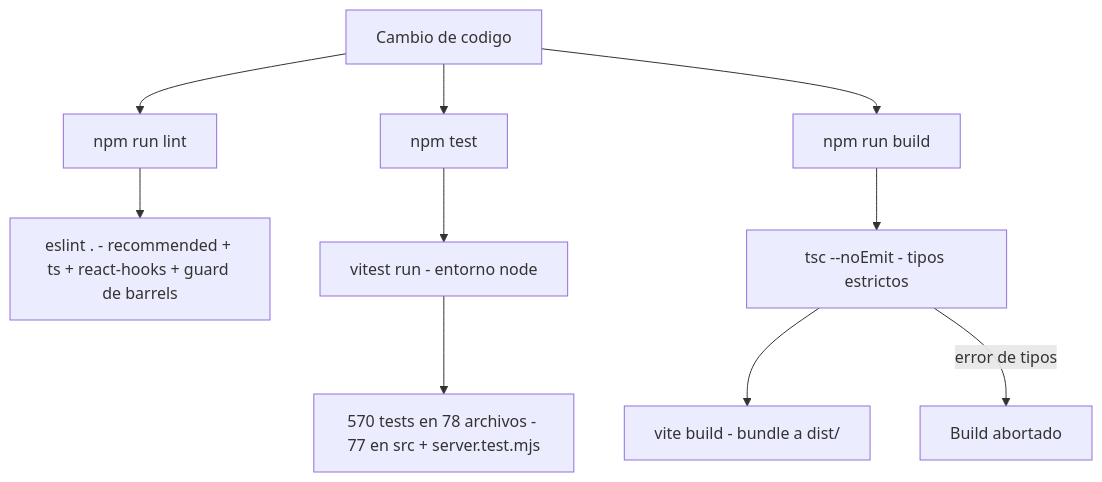
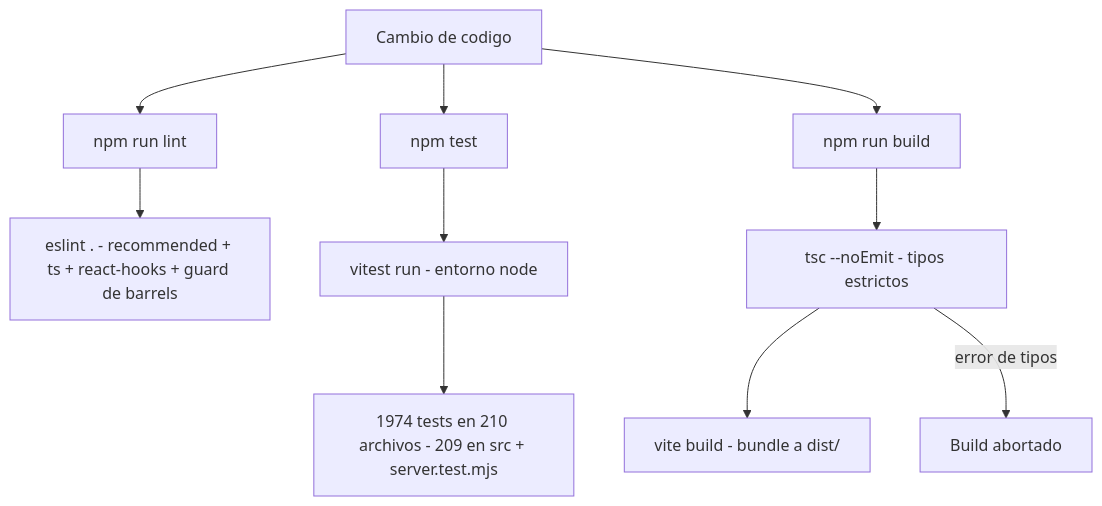
The first of 4 diagrams in doc/testing.md (Carlosmps97/web-data-model-hub), drawn with Mermaid before and after one commit. The commit also changed other lines of this file and 209 other files, not shown here.

````diff
--- a/doc/testing.md
+++ b/doc/testing.md
@@ -146,12 +152,12 @@
 ```mermaid
 flowchart TD
     A[Cambio de codigo] --> B[npm run lint]
     A --> C[npm test]
     A --> D[npm run build]
     B --> B1[eslint . - recommended + ts + react-hooks + guard de barrels]
     C --> C1[vitest run - entorno node]
-    C1 --> C2[570 tests en 78 archivos - 77 en src + server.test.mjs]
+    C1 --> C2[1974 tests en 210 archivos - 209 en src + server.test.mjs]
     D --> D1[tsc --noEmit - tipos estrictos]
     D1 --> D2[vite build - bundle a dist/]
     D1 -->|error de tipos| X[Build abortado]
 ```
````
